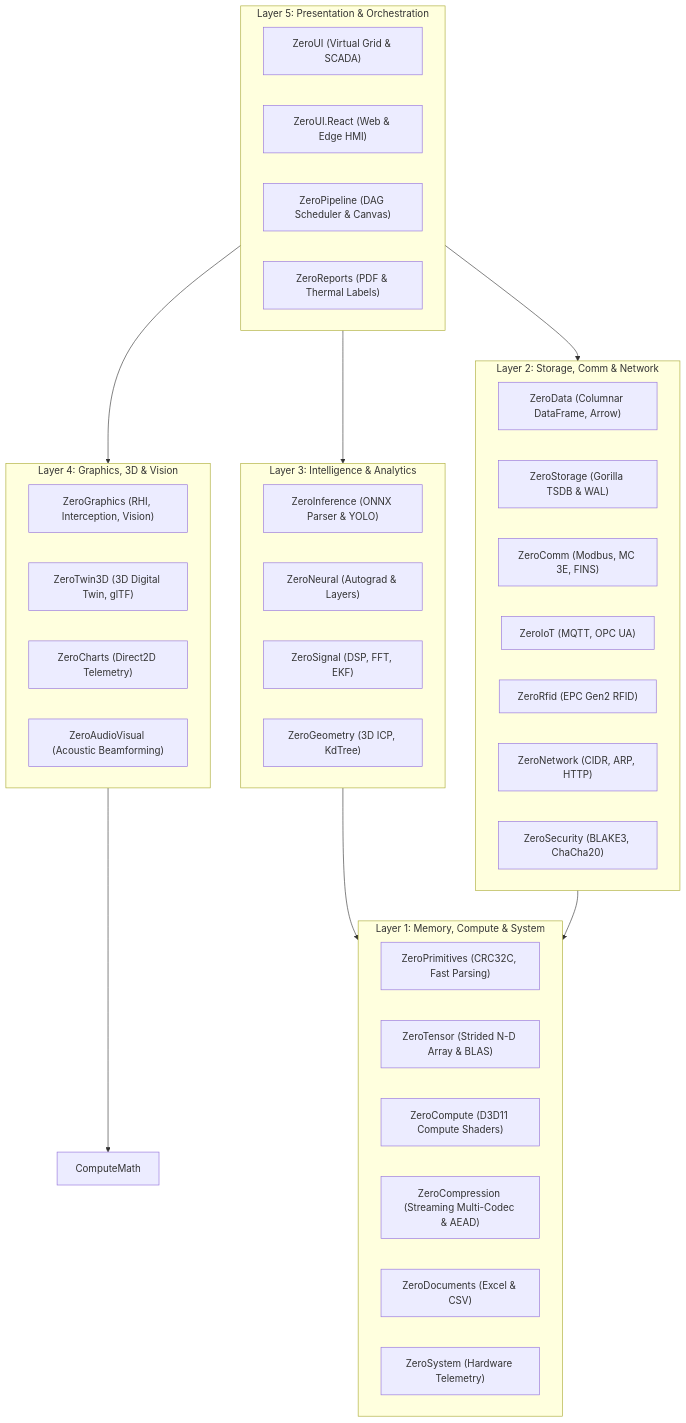
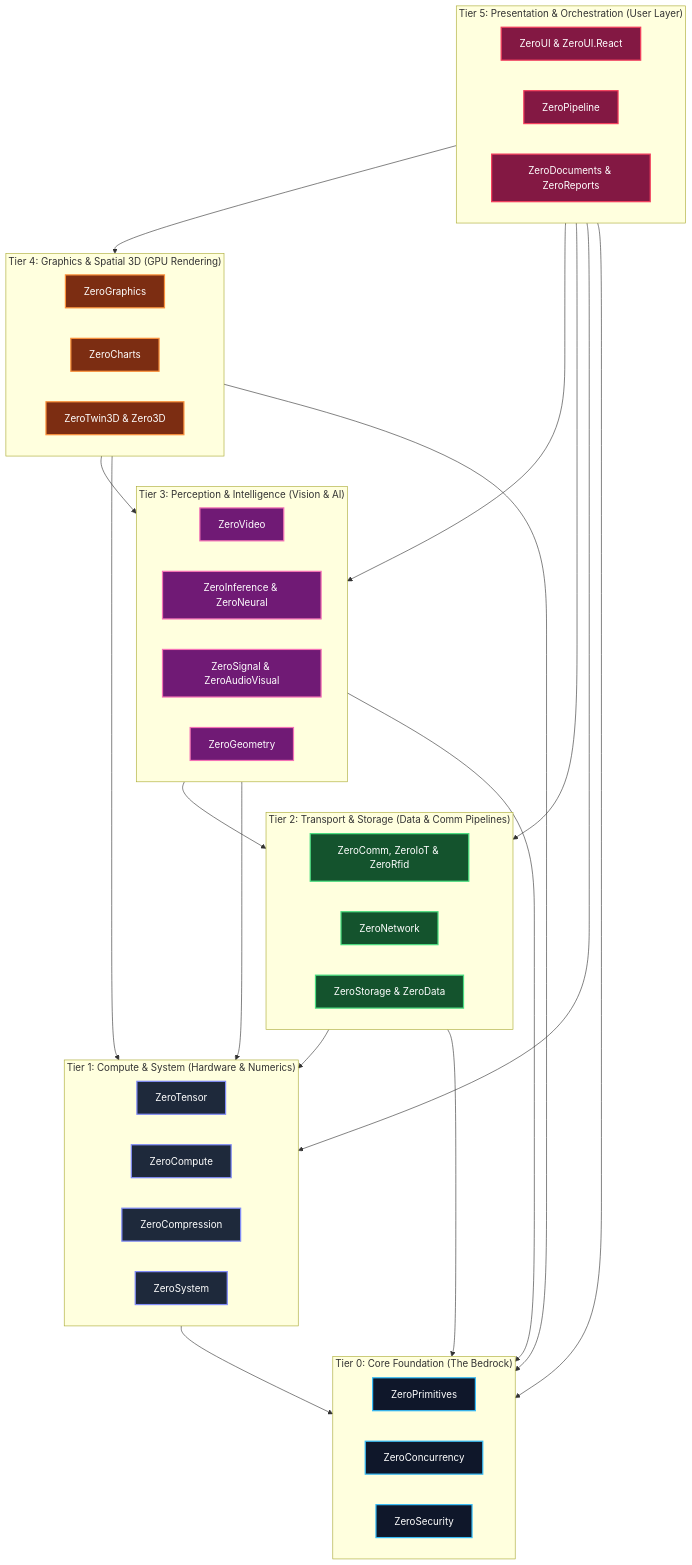
One commit to kzxl/ZeroPlatform changed the diagram in docs/architect/platform-architecture.md. Above: the diagram before and after it, drawn with Mermaid. The commit also changed other lines of this file and 8 other files, not shown here.

Commit message:
chore(architecture): standardize 6-tier DAG taxonomy, update ecosystem catalog and git repo specifications

````diff
--- a/docs/architect/platform-architecture.md
+++ b/docs/architect/platform-architecture.md
@@ -11,49 +13,53 @@
 ```mermaid
 graph TD
-    subgraph Presentation ["Layer 5: Presentation & Orchestration"]
-        UI["ZeroUI (Virtual Grid & SCADA)"]
-        UIReact["ZeroUI.React (Web & Edge HMI)"]
-        Pipe["ZeroPipeline (DAG Scheduler & Canvas)"]
-        Reports["ZeroReports (PDF & Thermal Labels)"]
+    classDef l0 fill:#0f172a,stroke:#38bdf8,stroke-width:2px,color:#fff;
+    classDef l1 fill:#1e293b,stroke:#818cf8,stroke-width:2px,color:#fff;
+    classDef l2 fill:#14532d,stroke:#4ade80,stroke-width:2px,color:#fff;
+    classDef l3 fill:#701a75,stroke:#f472b6,stroke-width:2px,color:#fff;
+    classDef l4 fill:#7c2d12,stroke:#fb923c,stroke-width:2px,color:#fff;
+    classDef l5 fill:#831843,stroke:#f43f5e,stroke-width:2px,color:#fff;
+
+    subgraph L5 ["Tier 5: Presentation & Orchestration (User Layer)"]
+        UI["ZeroUI & ZeroUI.React"]:::l5
+        Pipe["ZeroPipeline"]:::l5
+        Docs["ZeroDocuments & ZeroReports"]:::l5
     end
 
-    subgraph Graphics3D ["Layer 4: Graphics, 3D & Vision"]
-        Graph["ZeroGraphics (RHI, Interception, Vision)"]
-        Twin["ZeroTwin3D (3D Digital Twin, glTF)"]
-        Charts["ZeroCharts (Direct2D Telemetry)"]
-        AV["ZeroAudioVisual (Acoustic Beamforming)"]
+    subgraph L4 ["Tier 4: Graphics & Spatial 3D (GPU Rendering)"]
+        Gfx["ZeroGraphics"]:::l4
+        Charts["ZeroCharts"]:::l4
+        Twin["ZeroTwin3D & Zero3D"]:::l4
     end
 
-    subgraph Intelligence ["Layer 3: Intelligence & Analytics"]
-        Infer["ZeroInference (ONNX Parser & YOLO)"]
-        Neural["ZeroNeural (Autograd & Layers)"]
-        Signal["ZeroSignal (DSP, FFT, EKF)"]
-        Geom["ZeroGeometry (3D ICP, KdTree)"]
+    subgraph L3 ["Tier 3: Perception & Intelligence (Vision & AI)"]
+        Video["ZeroVideo"]:::l3
+        Infer["ZeroInference & ZeroNeural"]:::l3
+        Sig["ZeroSignal & ZeroAudioVisual"]:::l3
+        Geom["ZeroGeometry"]:::l3
     end
 
-    subgraph StorageComm ["Layer 2: Storage, Comm & Network"]
-        Data["ZeroData (Columnar DataFrame, Arrow)"]
-        Store["ZeroStorage (Gorilla TSDB & WAL)"]
-        Comm["ZeroComm (Modbus, MC 3E, FINS)"]
-        IoT["ZeroIoT (MQTT, OPC UA)"]
-        Rfid["ZeroRfid (EPC Gen2 RFID)"]
-        Net["ZeroNetwork (CIDR, ARP, HTTP)"]
-        Sec["ZeroSecurity (BLAKE3, ChaCha20)"]
+    subgraph L2 ["Tier 2: Transport & Storage (Data & Comm Pipelines)"]
+        Comm["ZeroComm, ZeroIoT & ZeroRfid"]:::l2
+        Net["ZeroNetwork"]:::l2
+        Store["ZeroStorage & ZeroData"]:::l2
     end
 
-    subgraph Foundation ["Layer 1: Memory, Compute & System"]
-        Prim["ZeroPrimitives (CRC32C, Fast Parsing)"]
-        Tensor["ZeroTensor (Strided N-D Array & BLAS)"]
-        Compute["ZeroCompute (D3D11 Compute Shaders)"]
-        Compress["ZeroCompression (Streaming Multi-Codec & AEAD)"]
-        Docs["ZeroDocuments (Excel & CSV)"]
-        Sys["ZeroSystem (Hardware Telemetry)"]
+    subgraph L1 ["Tier 1: Compute & System (Hardware & Numerics)"]
+        Tensor["ZeroTensor"]:::l1
+        Comp["ZeroCompute"]:::l1
+        Compres["ZeroCompression"]:::l1
+        Sys["ZeroSystem"]:::l1
     end
 
-    Presentation --> Graphics3D
-    Presentation --> Intelligence
-    Presentation --> StorageComm
-    Graphics3D --> ComputeMath
-    Intelligence --> Foundation
-    StorageComm --> Foundation
+    subgraph L0 ["Tier 0: Core Foundation (The Bedrock)"]
+        Prim["ZeroPrimitives"]:::l0
+        Conc["ZeroConcurrency"]:::l0
+        Sec["ZeroSecurity"]:::l0
+    end
+
+    L5 --> L4 & L3 & L2 & L1 & L0
+    L4 --> L3 & L1 & L0
+    L3 --> L2 & L1 & L0
+    L2 --> L1 & L0
+    L1 --> L0
 ```
````
